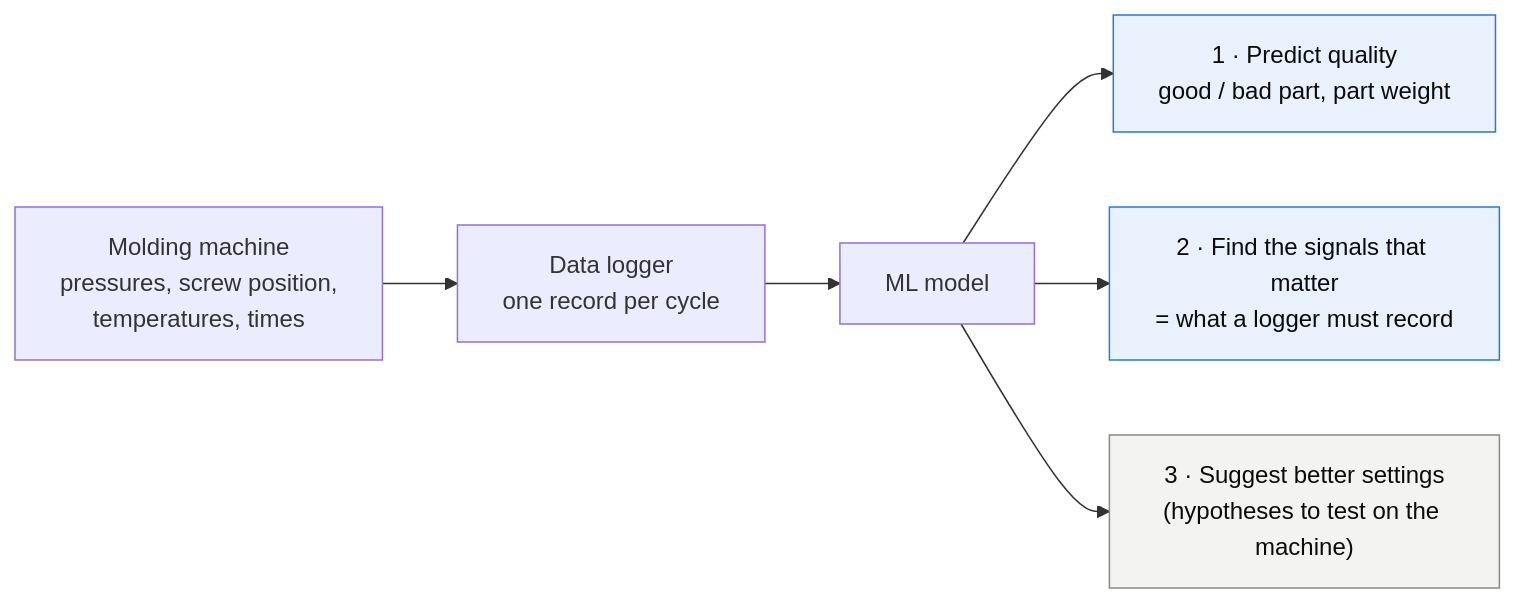
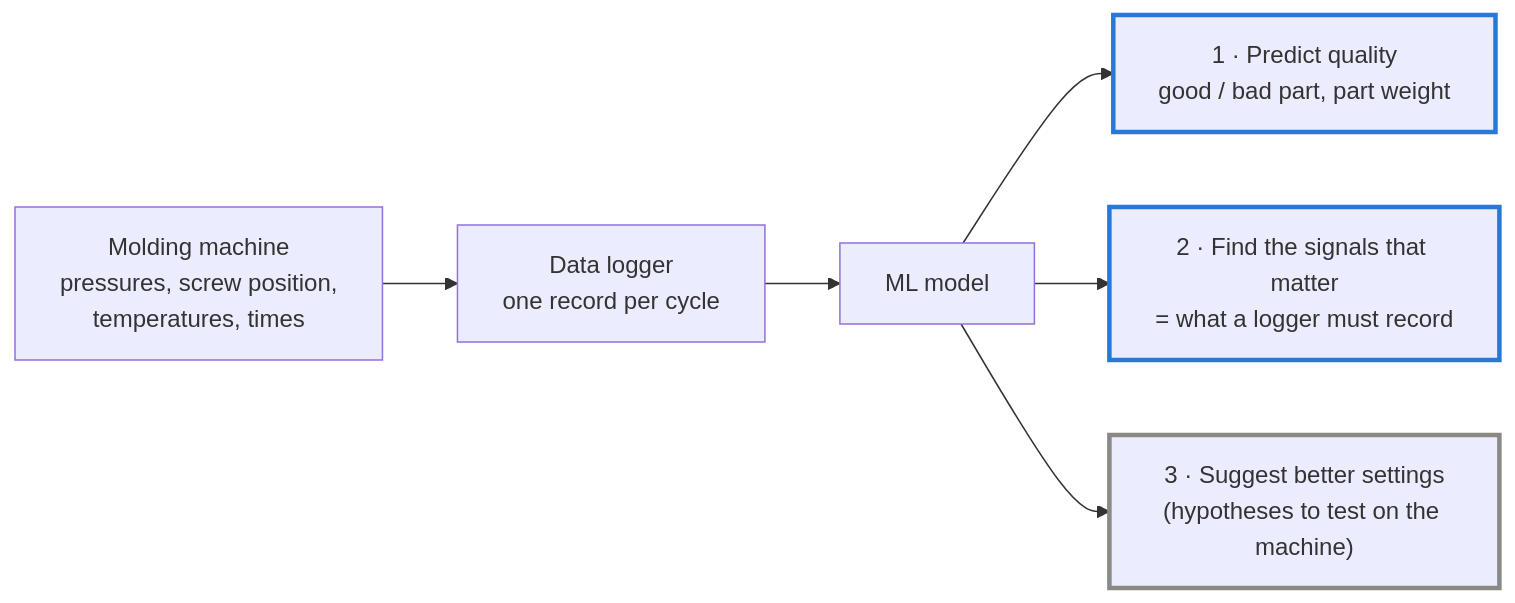
One commit to ikeremsen/injection-molding-quality-ai changed the first of 3 diagrams in README.md. Above: the diagram before and after it, drawn with Mermaid. The commit also changed other lines of this file, not shown here.

Commit message:
README: mark diagram boxes with borders instead of fills (readable in light and dark mode)

````diff
--- a/README.md
+++ b/README.md
@@ -19,11 +19,11 @@
 ```mermaid
 flowchart LR
     A["Molding machine<br/>pressures, screw position,<br/>temperatures, times"] --> B["Data logger<br/>one record per cycle"]
     B --> C["ML model"]
     C --> D["1 · Predict quality<br/>good / bad part, part weight"]
     C --> E["2 · Find the signals that matter<br/>= what a logger must record"]
     C --> F["3 · Suggest better settings<br/>(hypotheses to test on the machine)"]
-    style D fill:#e8f1fc,stroke:#2a78d6,color:#0b0b0b
-    style E fill:#e8f1fc,stroke:#2a78d6,color:#0b0b0b
-    style F fill:#f3f3f1,stroke:#8a8984,color:#0b0b0b
+    style D stroke:#2a78d6,stroke-width:3px
+    style E stroke:#2a78d6,stroke-width:3px
+    style F stroke:#8a8984,stroke-width:3px
 ```
````
